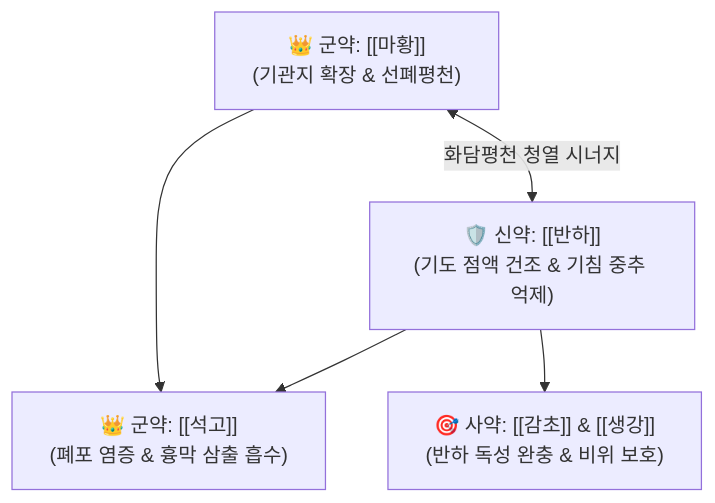
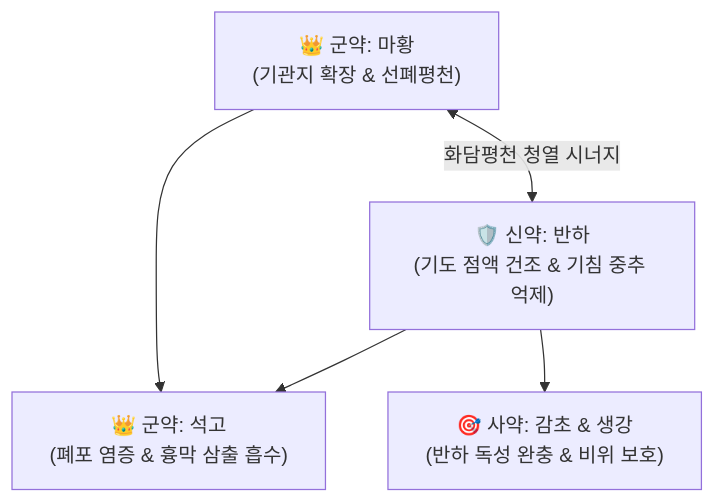
Before and after one commit to simbio11/simbio-digital-garden2: the diagram in content/2. 약리 공부/처방/01_해표제/월비가반하탕.md, drawn with Mermaid. The commit also changed other lines of this file and 323 other files, not shown here.

````diff
--- a/content/2. 약리 공부/처방/01_해표제/월비가반하탕.md
+++ b/content/2. 약리 공부/처방/01_해표제/월비가반하탕.md
@@ -45,7 +47,7 @@
 ```mermaid
 graph TD
-    MH["👑 군약: [[마황]]<br>(기관지 확장 & 선폐평천)"] <-->|화담평천 청열 시너지| BH["🛡️ 신약: [[반하]]<br>(기도 점액 건조 & 기침 중추 억제)"]
-    MH --> SG["👑 군약: [[석고]]<br>(폐포 염증 & 흉막 삼출 흡수)"]
+    MH["👑 군약: 마황<br>(기관지 확장 & 선폐평천)"] <-->|화담평천 청열 시너지| BH["🛡️ 신약: 반하<br>(기도 점액 건조 & 기침 중추 억제)"]
+    MH --> SG["👑 군약: 석고<br>(폐포 염증 & 흉막 삼출 흡수)"]
     BH --> SG
-    BH --> GC["🎯 사약: [[감초]] & [[생강]]<br>(반하 독성 완충 & 비위 보호)"]
+    BH --> GC["🎯 사약: 감초 & 생강<br>(반하 독성 완충 & 비위 보호)"]
 ```
````
